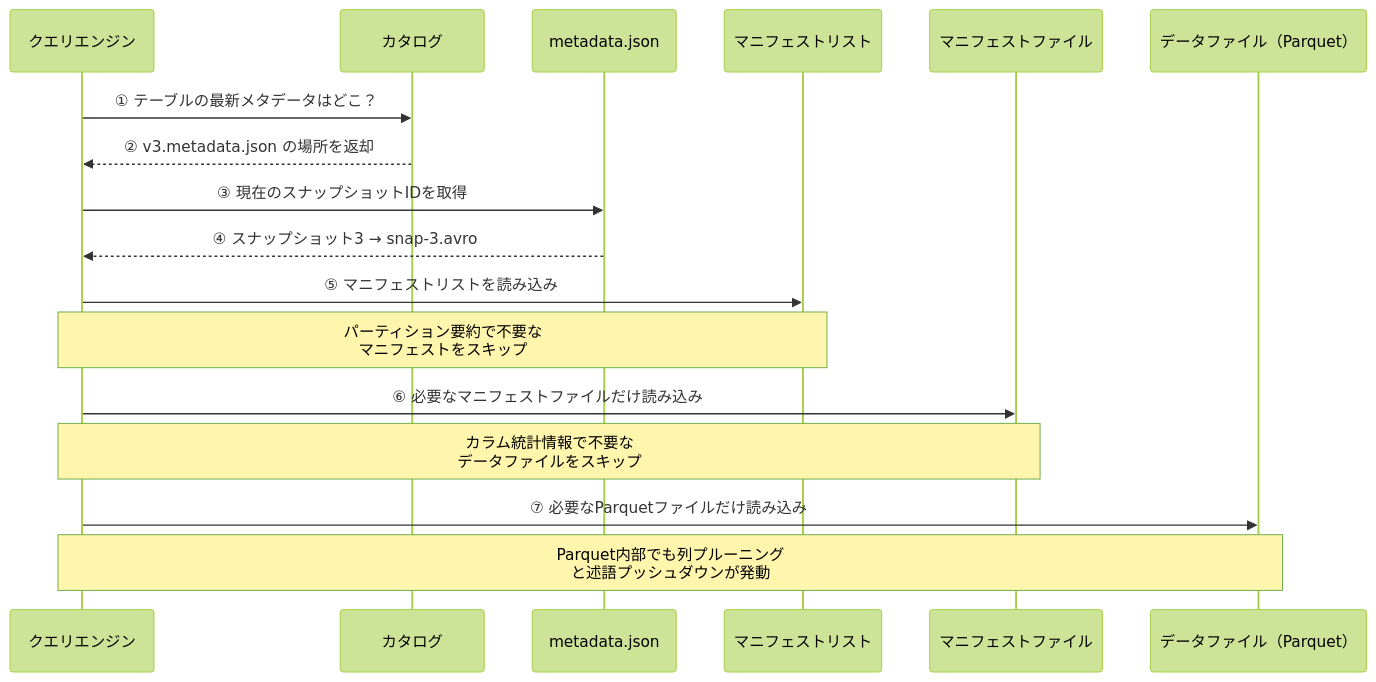
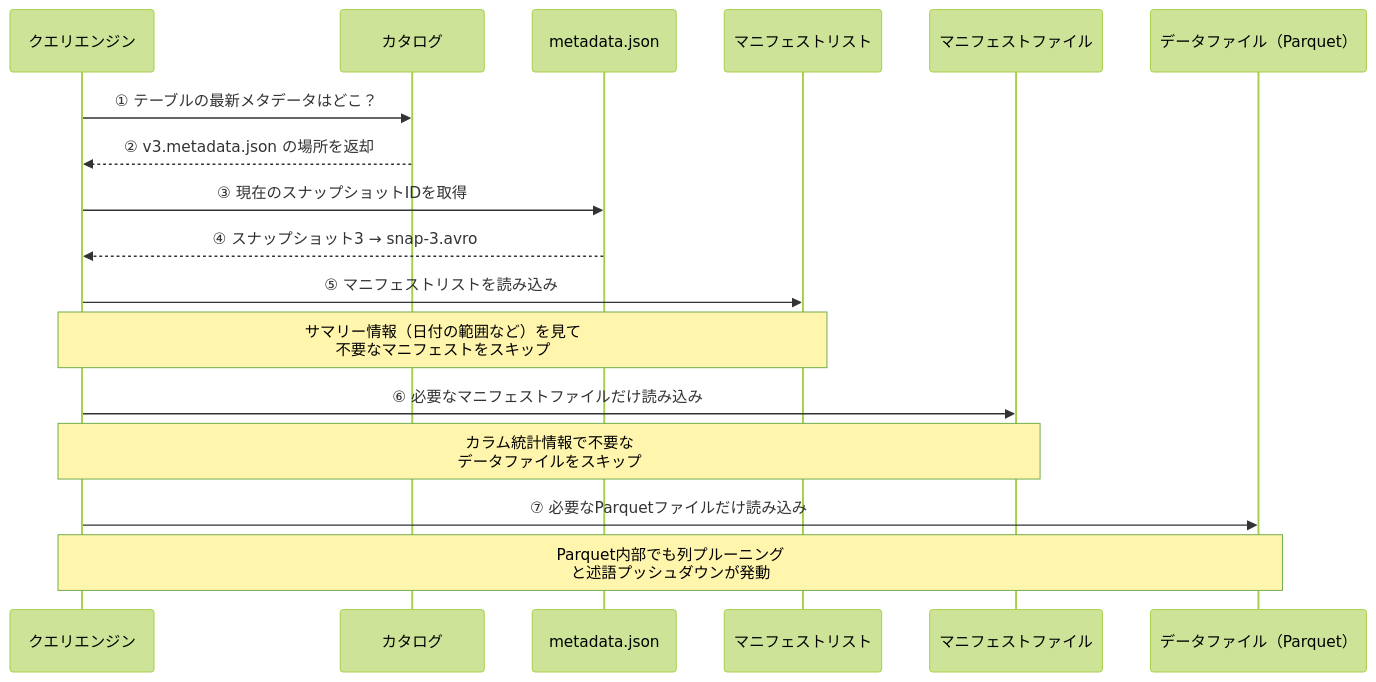
The seventh of 13 diagrams in articles/9b1b800a58a6b7.md (kkoch5t2/zenn-contents), drawn with Mermaid (forest theme) before and after one commit. The commit also changed other lines of this file and 1 other file, not shown here.

````diff
--- a/articles/9b1b800a58a6b7.md
+++ b/articles/9b1b800a58a6b7.md
@@ -215,24 +264,24 @@
 ```mermaid
 sequenceDiagram
     participant QE as クエリエンジン
     participant Cat as カタログ
     participant Meta as metadata.json
     participant ML as マニフェストリスト
     participant MF as マニフェストファイル
     participant DF as データファイル（Parquet）
 
     QE->>Cat: ① テーブルの最新メタデータはどこ？
     Cat-->>QE: ② v3.metadata.json の場所を返却
 
     QE->>Meta: ③ 現在のスナップショットIDを取得
     Meta-->>QE: ④ スナップショット3 → snap-3.avro
 
     QE->>ML: ⑤ マニフェストリストを読み込み
-    Note over QE,ML: パーティション要約で不要な<br>マニフェストをスキップ
+    Note over QE,ML: サマリー情報（日付の範囲など）を見て<br>不要なマニフェストをスキップ
 
     QE->>MF: ⑥ 必要なマニフェストファイルだけ読み込み
     Note over QE,MF: カラム統計情報で不要な<br>データファイルをスキップ
 
     QE->>DF: ⑦ 必要なParquetファイルだけ読み込み
     Note over QE,DF: Parquet内部でも列プルーニング<br>と述語プッシュダウンが発動
 ```
````
